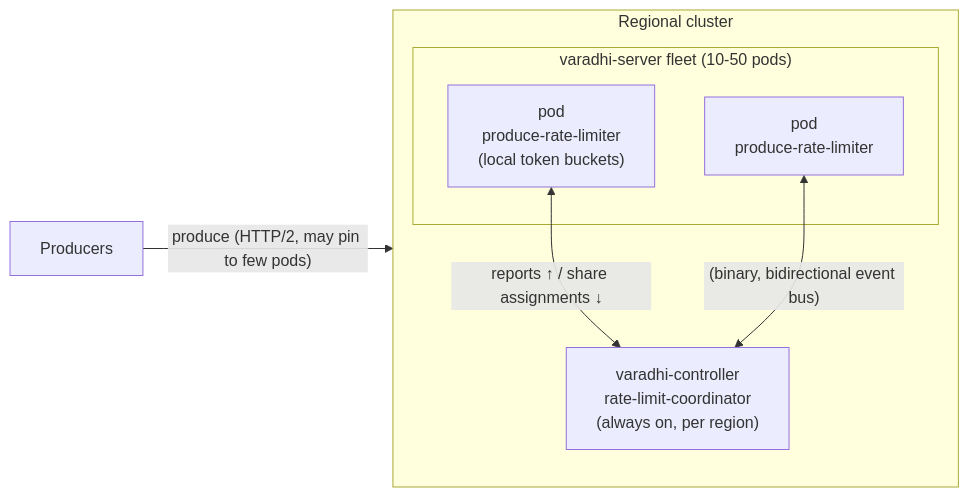
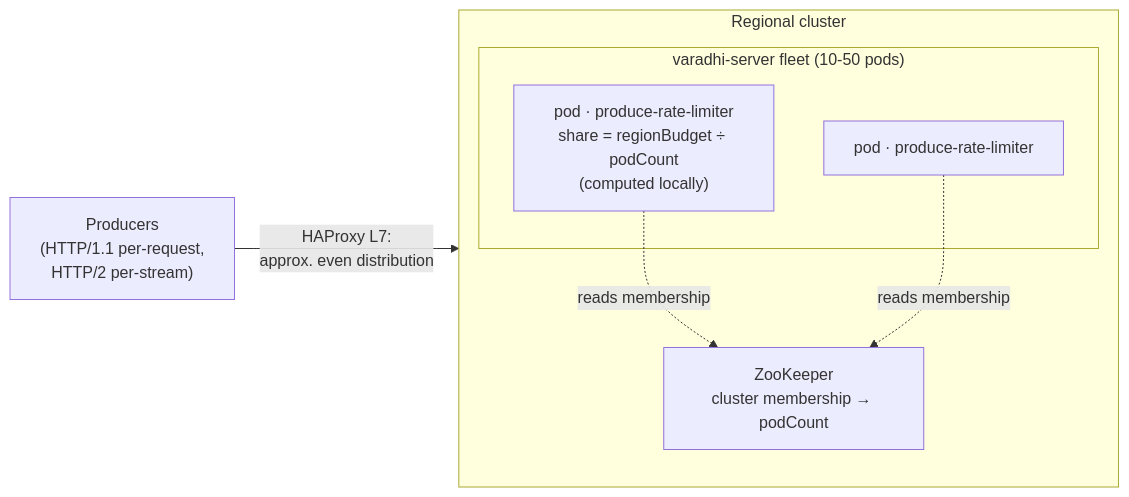
Before and after one commit to flipkart-incubator/varadhi: the second of 5 diagrams in vips/VIP-0001.md, drawn with Mermaid. The commit also changed other lines of this file, not shown here.

````diff
--- a/vips/VIP-0001.md
+++ b/vips/VIP-0001.md
@@ -175,16 +179,16 @@
 ```mermaid
 flowchart LR
-    Client["Producers"] -->|"produce (HTTP/2, may pin to few pods)"| Servers
+    Client["Producers<br/>(HTTP/1.1 per-request,<br/>HTTP/2 per-stream)"] -->|"HAProxy L7:<br/>approx. even distribution"| Servers
 
     subgraph Region["Regional cluster"]
         direction TB
         subgraph Servers["varadhi-server fleet (10-50 pods)"]
-            P1["pod<br/>produce-rate-limiter<br/>(local token buckets)"]
-            P2["pod<br/>produce-rate-limiter"]
+            P1["pod · produce-rate-limiter<br/>share = regionBudget ÷ podCount<br/>(computed locally)"]
+            P2["pod · produce-rate-limiter"]
         end
-        CTRL["varadhi-controller<br/>rate-limit-coordinator<br/>(always on, per region)"]
+        ZK["ZooKeeper<br/>cluster membership → podCount"]
     end
 
-    P1 <-->|"reports ↑ / share assignments ↓"| CTRL
-    P2 <-->|"(binary, bidirectional event bus)"| CTRL
+    P1 -.->|"reads membership"| ZK
+    P2 -.->|"reads membership"| ZK
 ```
````
